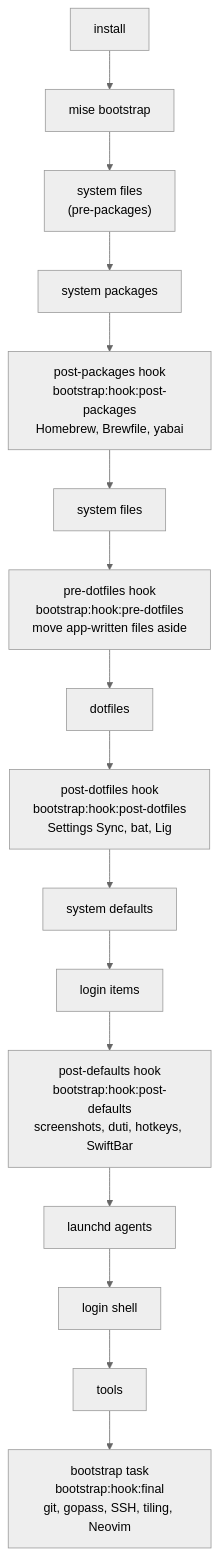
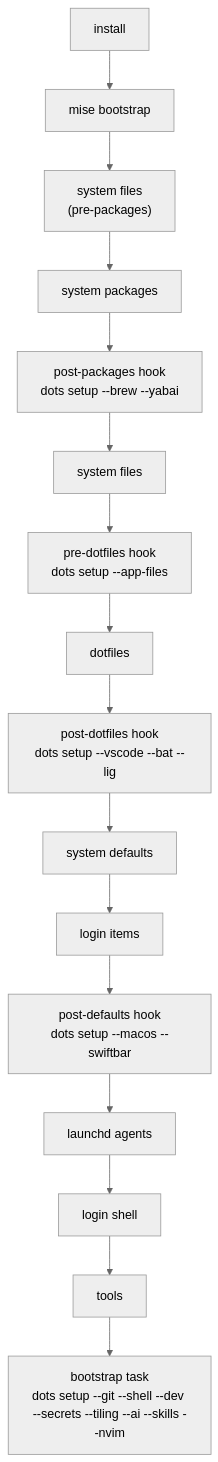
One commit to roalcantara/dots changed the diagram in docs/BOOTSTRAP.md. Above: the diagram before and after it, drawn with Mermaid (neutral theme). The commit also changed other lines of this file and 10 other files, not shown here.

First line of the commit message:
docs(bootstrap): Document the dots front door

````diff
--- a/docs/BOOTSTRAP.md
+++ b/docs/BOOTSTRAP.md
@@ -16,18 +27,18 @@
 ```mermaid
 flowchart TD
   install[install] --> bootstrap[mise bootstrap]
   bootstrap --> pre["system files<br/>(pre-packages)"]
   pre --> pkgs[system packages]
-  pkgs --> pp["post-packages hook<br/>bootstrap:hook:post-packages<br/>Homebrew, Brewfile, yabai"]
+  pkgs --> pp["post-packages hook<br/>dots setup --brew --yabai"]
   pp --> files[system files]
-  files --> preD["pre-dotfiles hook<br/>bootstrap:hook:pre-dotfiles<br/>move app-written files aside"]
+  files --> preD["pre-dotfiles hook<br/>dots setup --app-files"]
   preD --> dots[dotfiles]
-  dots --> postD["post-dotfiles hook<br/>bootstrap:hook:post-dotfiles<br/>Settings Sync, bat, Lig"]
+  dots --> postD["post-dotfiles hook<br/>dots setup --vscode --bat --lig"]
   postD --> defs[system defaults]
   defs --> login[login items]
-  login --> postDef["post-defaults hook<br/>bootstrap:hook:post-defaults<br/>screenshots, duti, hotkeys, SwiftBar"]
+  login --> postDef["post-defaults hook<br/>dots setup --macos --swiftbar"]
   postDef --> launchd[launchd agents]
   launchd --> shell[login shell]
   shell --> tools[tools]
-  tools --> final["bootstrap task<br/>bootstrap:hook:final<br/>git, gopass, SSH, tiling, Neovim"]
+  tools --> final["bootstrap task<br/>dots setup --git --shell --dev --secrets --tiling --ai --skills --nvim"]
 ```
````
